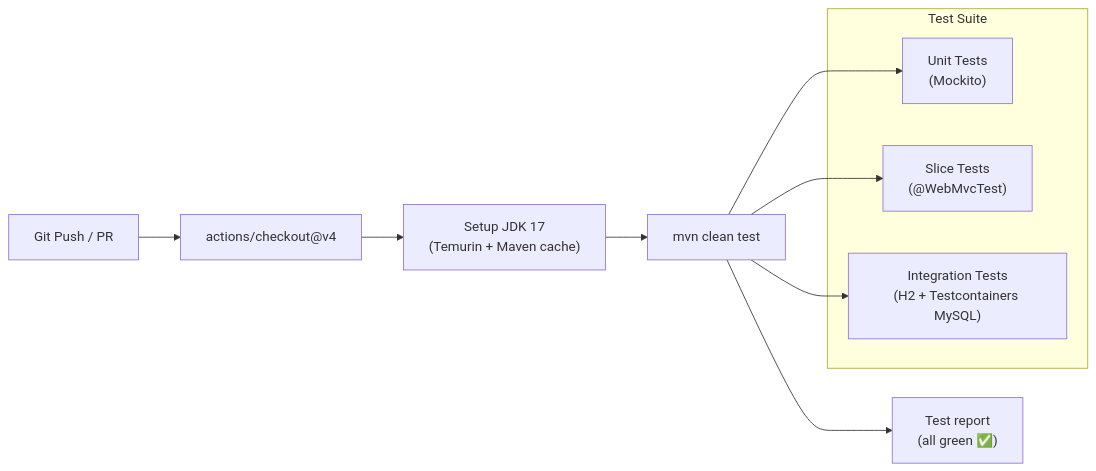
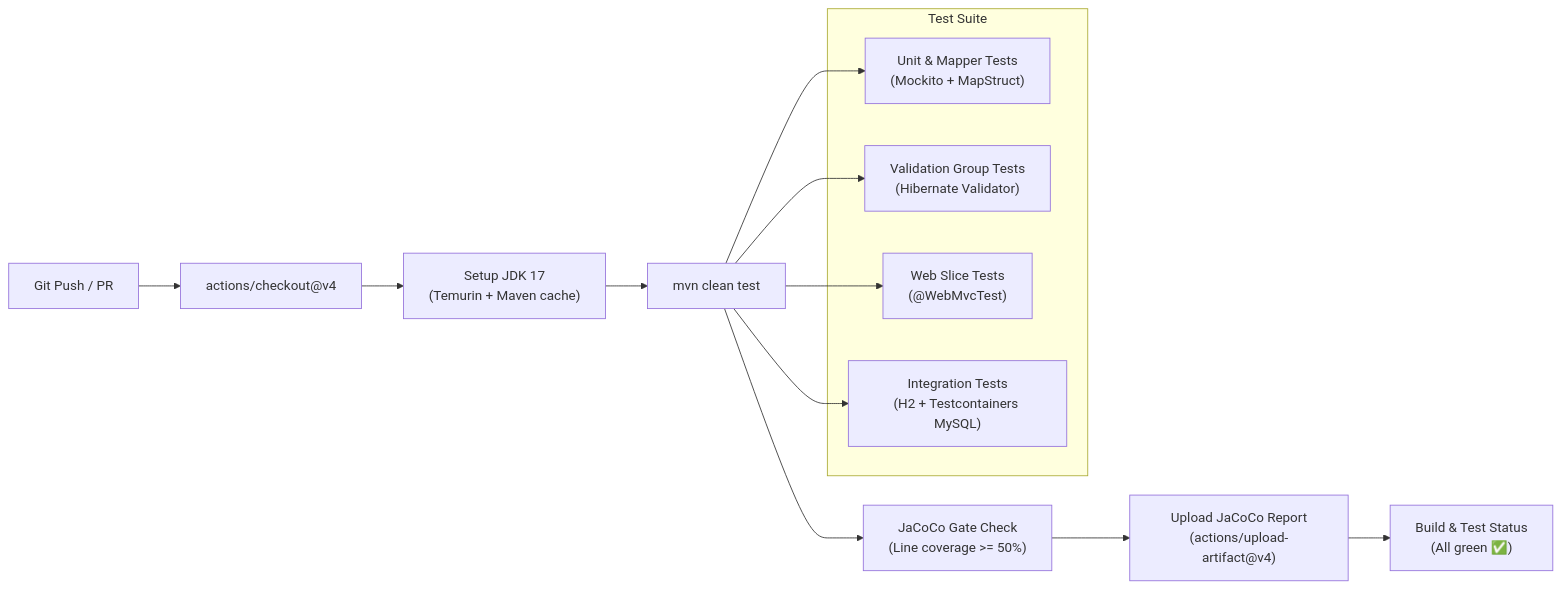
One commit to byte2code/hotel-management-api changed the eighth of 9 diagrams in README.md. Above: the diagram before and after it, drawn with Mermaid. The commit also changed other lines of this file and 36 other files, not shown here.

Commit message:
feat: implement Phases 11-14 (MapStruct DTOs, JaCoCo gate, RFC 9457 Problem Details, Validation Groups)

````diff
--- a/README.md
+++ b/README.md
@@ -783,15 +876,18 @@
 ```mermaid
 flowchart LR
     Push["Git Push / PR"] --> Checkout["actions/checkout@v4"]
     Checkout --> JDK["Setup JDK 17\n(Temurin + Maven cache)"]
     JDK --> Test["mvn clean test"]
-    Test --> Report["Test report\n(all green ✅)"]
+    Test --> JaCoCo["JaCoCo Gate Check\n(Line coverage >= 50%)"]
+    JaCoCo --> Artifact["Upload JaCoCo Report\n(actions/upload-artifact@v4)"]
+    Artifact --> Report["Build & Test Status\n(All green ✅)"]
 
     subgraph Test Suite
-        Unit["Unit Tests\n(Mockito)"]
-        SliceTest["Slice Tests\n(@WebMvcTest)"]
+        Unit["Unit & Mapper Tests\n(Mockito + MapStruct)"]
+        Validation["Validation Group Tests\n(Hibernate Validator)"]
+        SliceTest["Web Slice Tests\n(@WebMvcTest)"]
         IT["Integration Tests\n(H2 + Testcontainers MySQL)"]
     end
 
-    Test --> Unit & SliceTest & IT
+    Test --> Unit & Validation & SliceTest & IT
 ```
````
